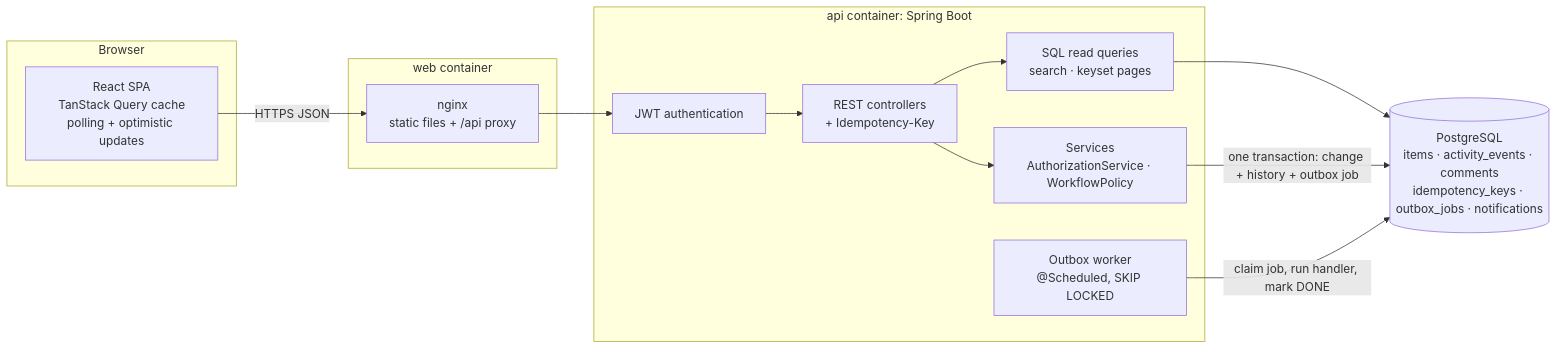
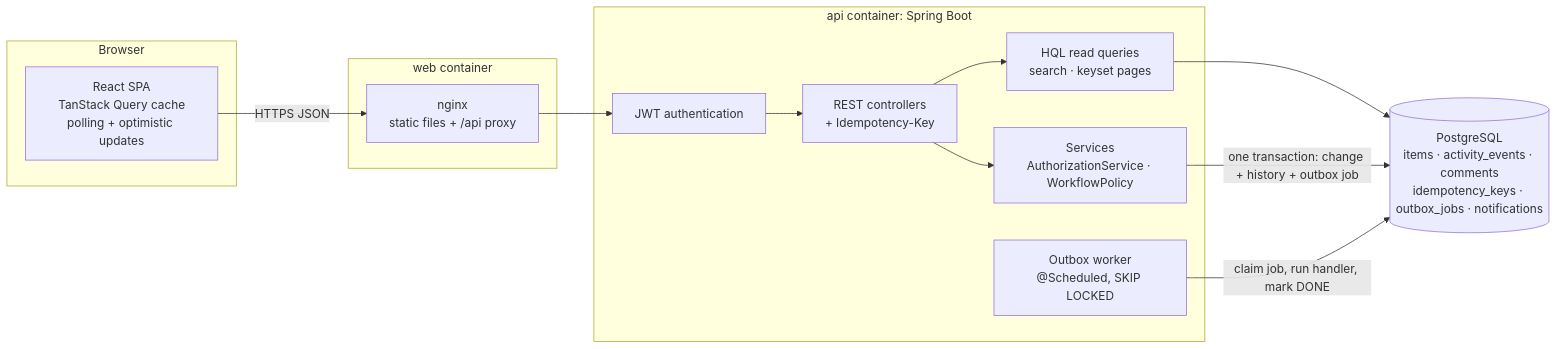
The first of 2 diagrams in README.md (abhi1756/newtonite-ops-23131010108), drawn with Mermaid before and after one commit. The commit also changed other lines of this file and 2 other files, not shown here.

````diff
--- a/README.md
+++ b/README.md
@@ -77,22 +77,22 @@
 ```mermaid
 flowchart LR
     subgraph Browser
         UI[React SPA<br/>TanStack Query cache<br/>polling + optimistic updates]
     end
     subgraph web [web container]
         NG[nginx<br/>static files + /api proxy]
     end
     subgraph api [api container: Spring Boot]
         SEC[JWT authentication]
         CTRL[REST controllers<br/>+ Idempotency-Key]
         SVC[Services<br/>AuthorizationService · WorkflowPolicy]
-        Q[SQL read queries<br/>search · keyset pages]
+        Q[HQL read queries<br/>search · keyset pages]
         W[Outbox worker<br/>@Scheduled, SKIP LOCKED]
     end
     DB[(PostgreSQL<br/>items · activity_events · comments<br/>idempotency_keys · outbox_jobs · notifications)]
 
     UI -->|HTTPS JSON| NG --> SEC --> CTRL --> SVC
     CTRL --> Q --> DB
     SVC -->|"one transaction: change + history + outbox job"| DB
     W -->|"claim job, run handler, mark DONE"| DB
 ```
````
